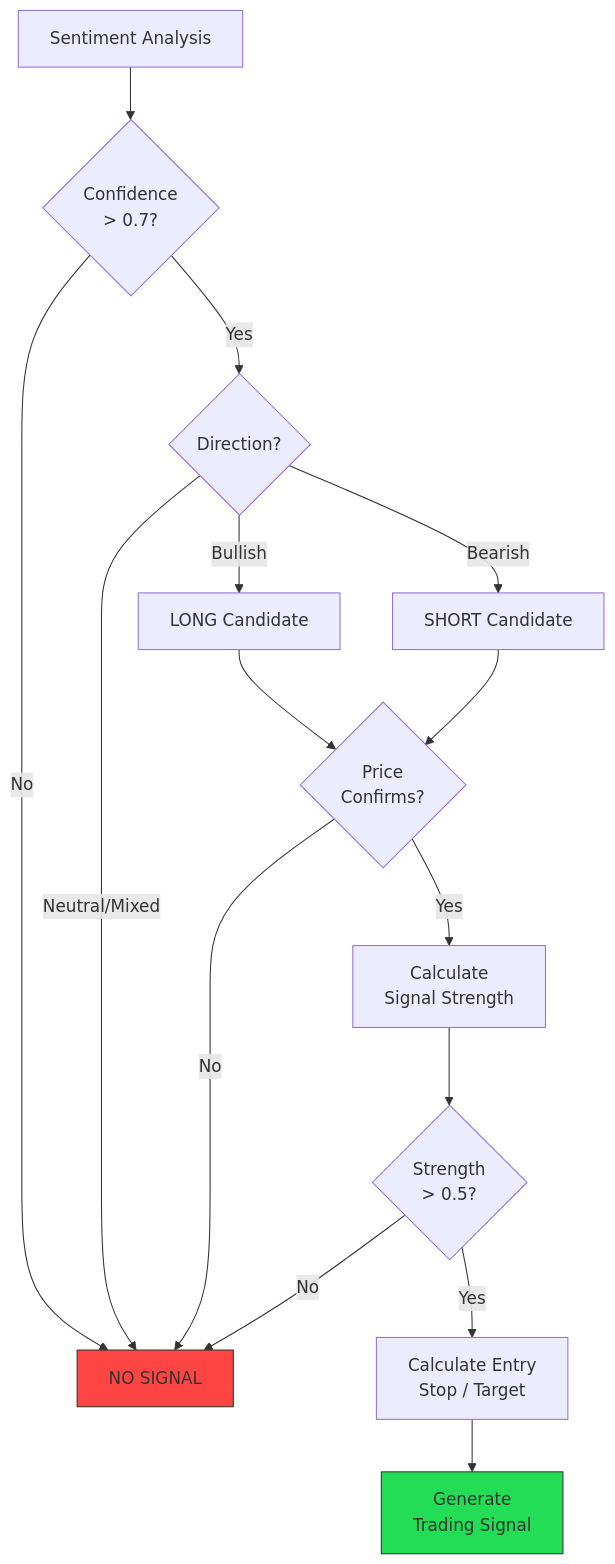
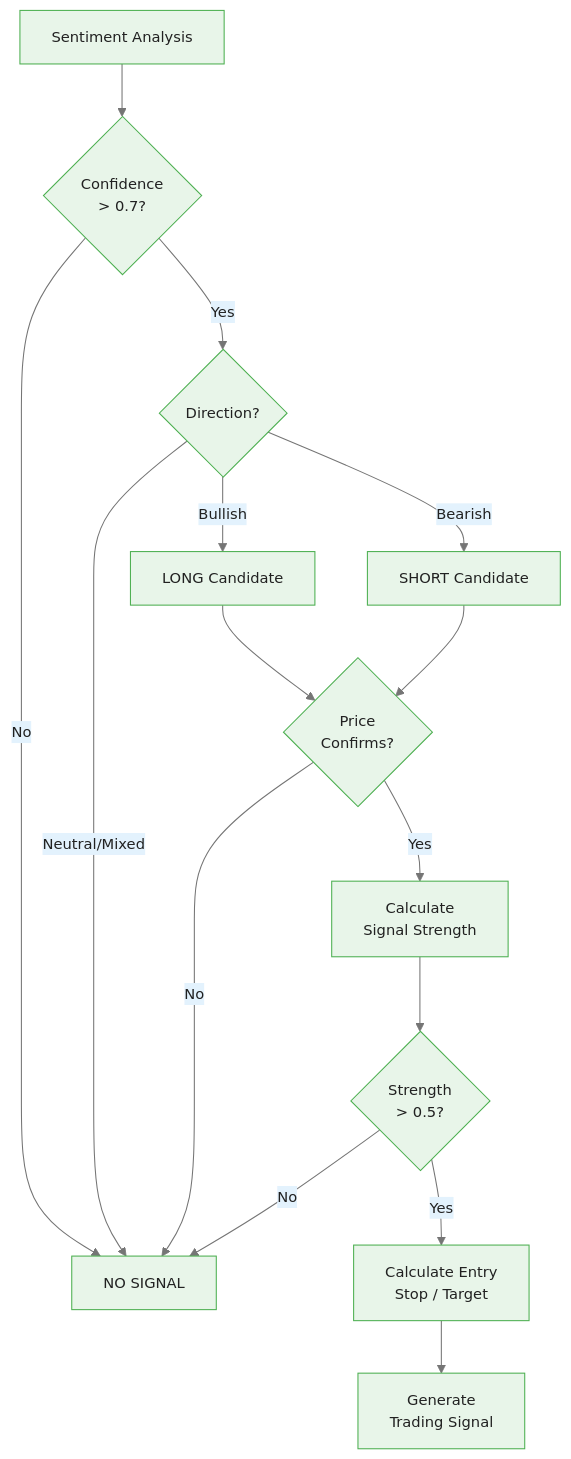
Before and after one commit to m-deane/course-creator: the second of 5 diagrams in courses/genai-commodities/modules/module_03_sentiment/guides/03_signal_construction_slides.md, drawn with Mermaid. The commit also changed other lines of this file and 84 other files, not shown here.

````diff
--- a/courses/genai-commodities/modules/module_03_sentiment/guides/03_signal_construction_slides.md
+++ b/courses/genai-commodities/modules/module_03_sentiment/guides/03_signal_construction_slides.md
@@ -194,25 +220,23 @@
 ```mermaid
+%%{init: {"theme": "base", "themeVariables": {"primaryColor": "#e8f5e9", "primaryBorderColor": "#4caf50", "primaryTextColor": "#212121", "secondaryColor": "#e3f2fd", "tertiaryColor": "#fff8e1", "lineColor": "#757575", "fontFamily": "Inter, sans-serif", "fontSize": "14px"}}}%%
 flowchart TD
     A[Sentiment Analysis] --> B{Confidence<br/>> 0.7?}
     B -->|No| C[NO SIGNAL]
     B -->|Yes| D{Direction?}
 
     D -->|Bullish| E[LONG Candidate]
     D -->|Bearish| F[SHORT Candidate]
     D -->|Neutral/Mixed| C
 
     E --> G{Price<br/>Confirms?}
     F --> G
 
     G -->|No| C
     G -->|Yes| H[Calculate<br/>Signal Strength]
 
     H --> I{Strength<br/>> 0.5?}
     I -->|No| C
     I -->|Yes| J[Calculate Entry<br/>Stop / Target]
 
     J --> K[Generate<br/>Trading Signal]
-
-    style K fill:#2d5,stroke:#333
-    style C fill:#f44,stroke:#333
 ```
````
